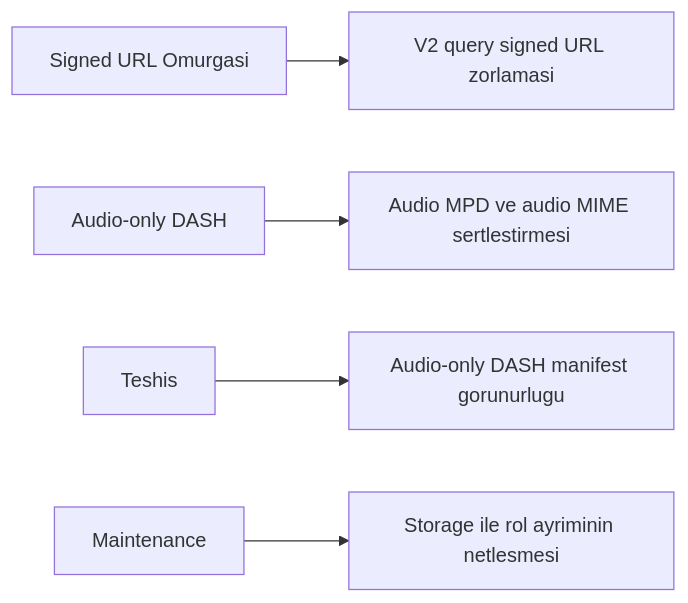
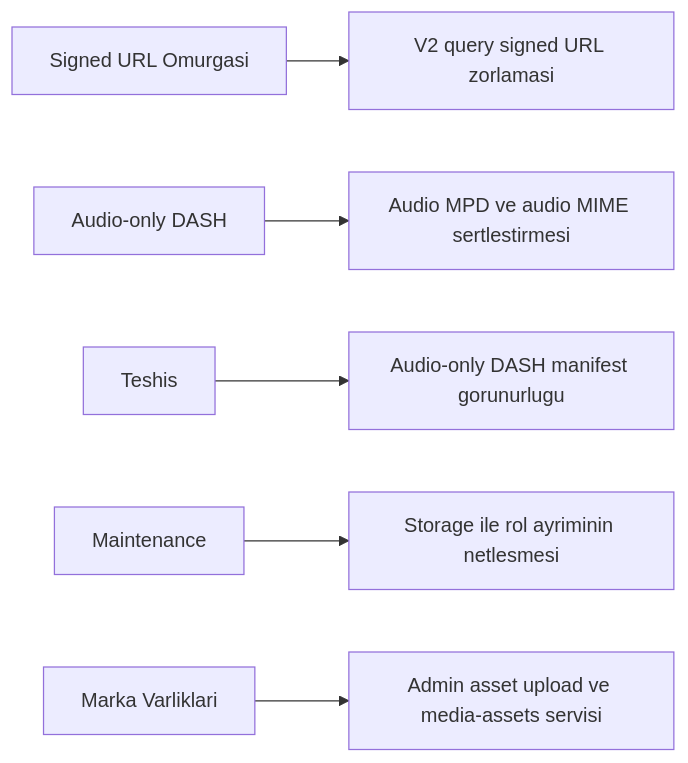
One commit to umitaydogan-sys/stream changed the third of 6 diagrams in yol_haritasi.md. Above: the diagram before and after it, drawn with Mermaid. The commit also changed other lines of this file and 11 other files, not shown here.

````diff
--- a/yol_haritasi.md
+++ b/yol_haritasi.md
@@ -36,7 +39,8 @@
 ```mermaid
 flowchart LR
     A[Signed URL Omurgasi] --> B[V2 query signed URL zorlamasi]
     C[Audio-only DASH] --> D[Audio MPD ve audio MIME sertlestirmesi]
     E[Teshis] --> F[Audio-only DASH manifest gorunurlugu]
     G[Maintenance] --> H[Storage ile rol ayriminin netlesmesi]
+    I[Marka Varliklari] --> J[Admin asset upload ve media-assets servisi]
 ```
````
